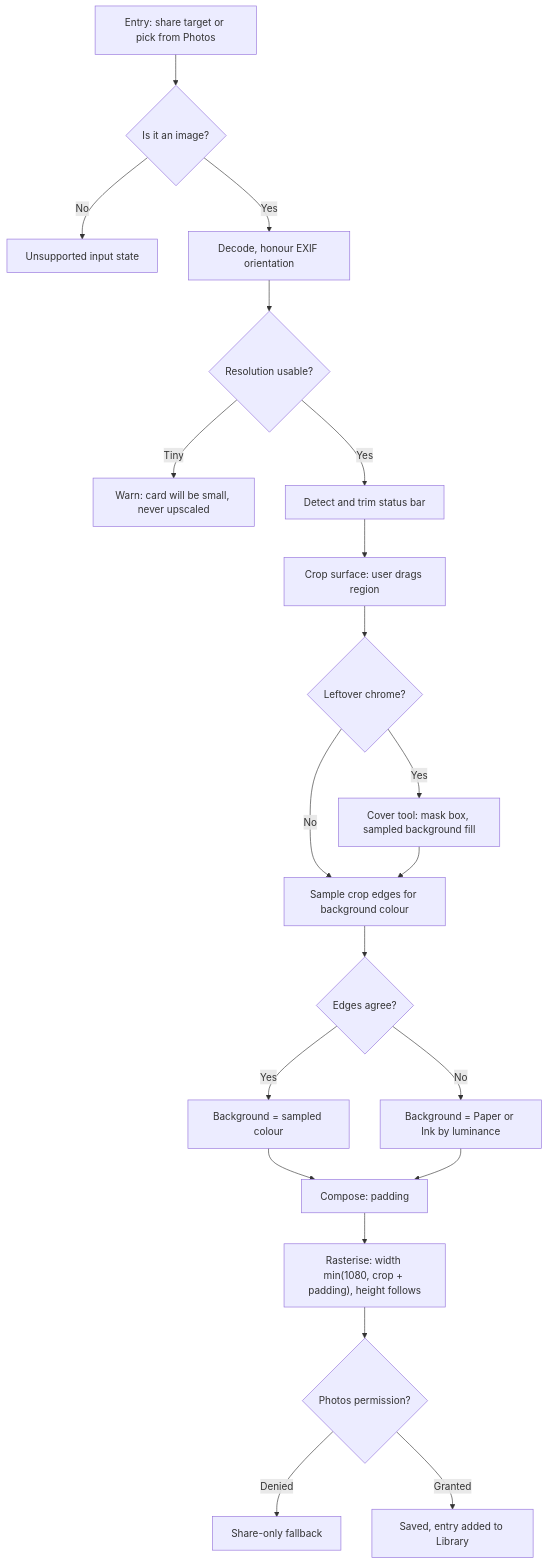
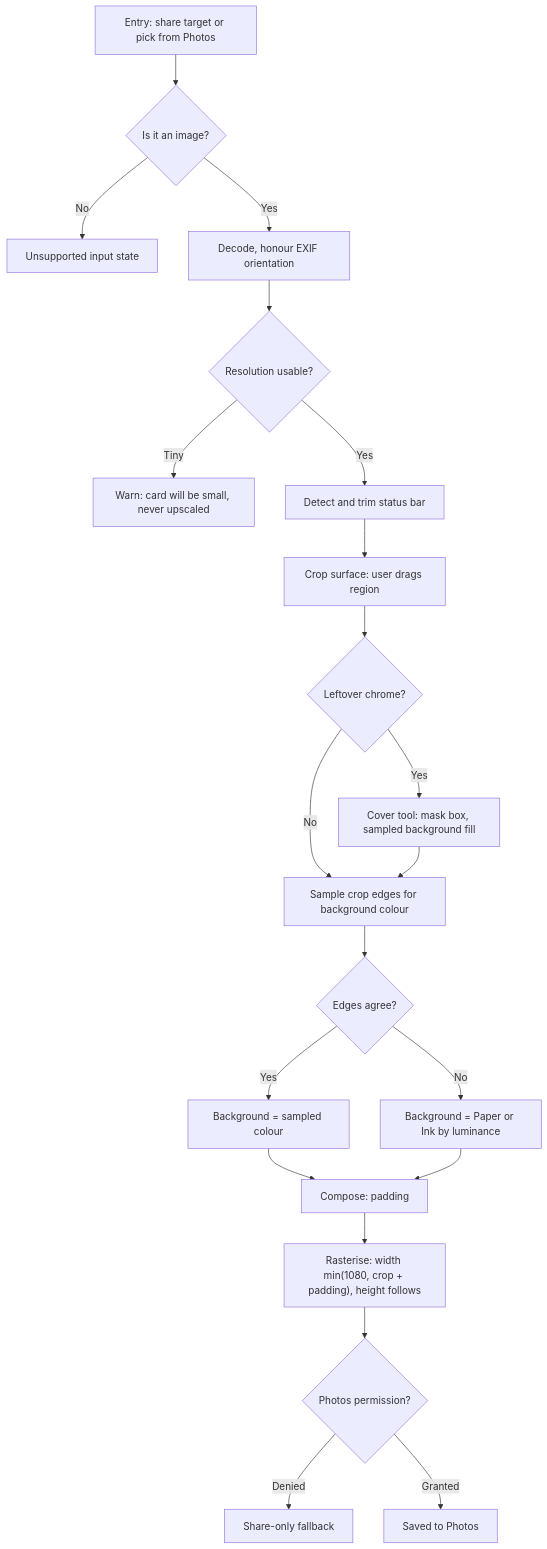
Before and after one commit to B-ismark/Twitwa: the diagram in social-card-renderer.md, drawn with Mermaid. The commit also changed other lines of this file and 2 other files, not shown here.

````diff
--- a/social-card-renderer.md
+++ b/social-card-renderer.md
@@ -316,23 +349,23 @@
 ```mermaid
 flowchart TD
     A["Entry: share target or pick from Photos"] --> B{"Is it an image?"}
     B -->|"No"| B1["Unsupported input state"]
     B -->|"Yes"| C["Decode, honour EXIF orientation"]
     C --> D{"Resolution usable?"}
     D -->|"Tiny"| D1["Warn: card will be small, never upscaled"]
     D -->|"Yes"| E["Detect and trim status bar"]
     E --> F["Crop surface: user drags region"]
     F --> G{"Leftover chrome?"}
     G -->|"Yes"| H["Cover tool: mask box, sampled background fill"]
     G -->|"No"| I["Sample crop edges for background colour"]
     H --> I
     I --> J{"Edges agree?"}
     J -->|"Yes"| K["Background = sampled colour"]
     J -->|"No"| K2["Background = Paper or Ink by luminance"]
     K --> L["Compose: padding"]
     K2 --> L
     L --> M["Rasterise: width min(1080, crop + padding), height follows"]
     M --> N{"Photos permission?"}
     N -->|"Denied"| N1["Share-only fallback"]
-    N -->|"Granted"| O["Saved, entry added to Library"]
+    N -->|"Granted"| O["Saved to Photos"]
 ```
````
